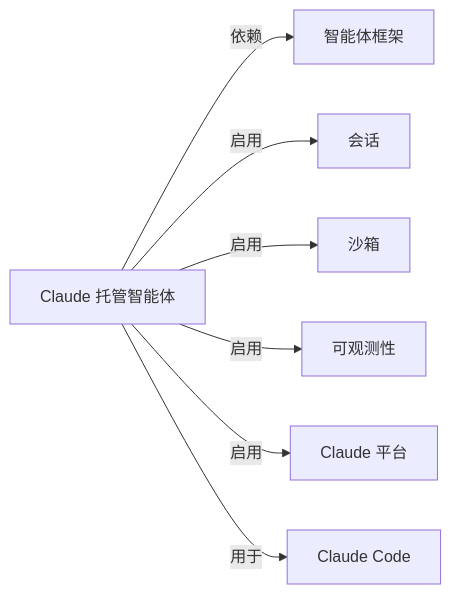
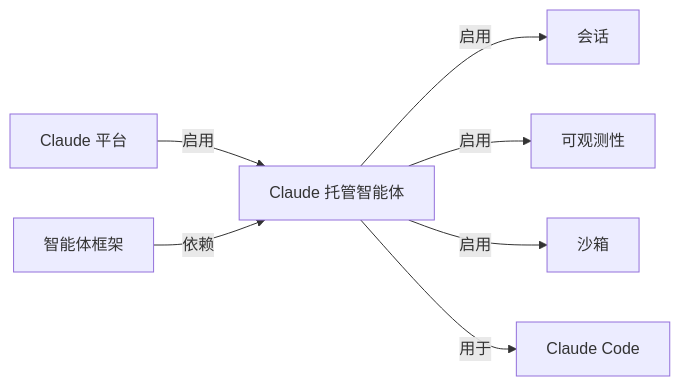
Before and after one commit to yibie/claude-best-practices-zh: the diagram in wiki/Claude-托管智能体.md, drawn with Mermaid. The commit also changed other lines of this file and 407 other files, not shown here.

Commit message:
feat: DeepSeek 三遍审校（译文/关系/图谱）+ 可部署静态站点

````diff
--- a/wiki/Claude-托管智能体.md
+++ b/wiki/Claude-托管智能体.md
@@ -47,10 +49,10 @@
 ```mermaid
 graph LR
   C["Claude 托管智能体"]
-  C -->|依赖| N0["智能体框架"]
+  N0["Claude 平台"] -->|启用| C
   C -->|启用| N1["会话"]
-  C -->|启用| N2["沙箱"]
-  C -->|启用| N3["可观测性"]
-  C -->|启用| N4["Claude 平台"]
-  C -->|用于| N5["Claude Code"]
+  C -->|启用| N2["可观测性"]
+  C -->|启用| N3["沙箱"]
+  C -->|用于| N4["Claude Code"]
+  N5["智能体框架"] -->|依赖| C
 ```
````
